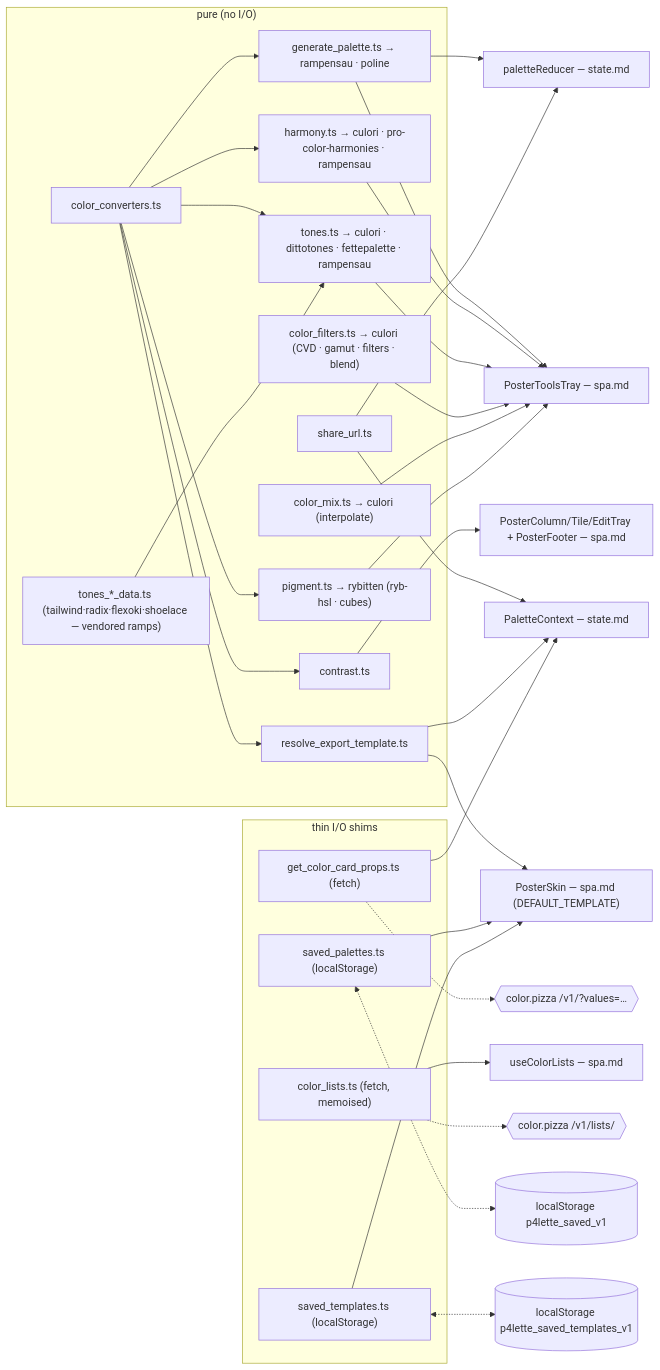
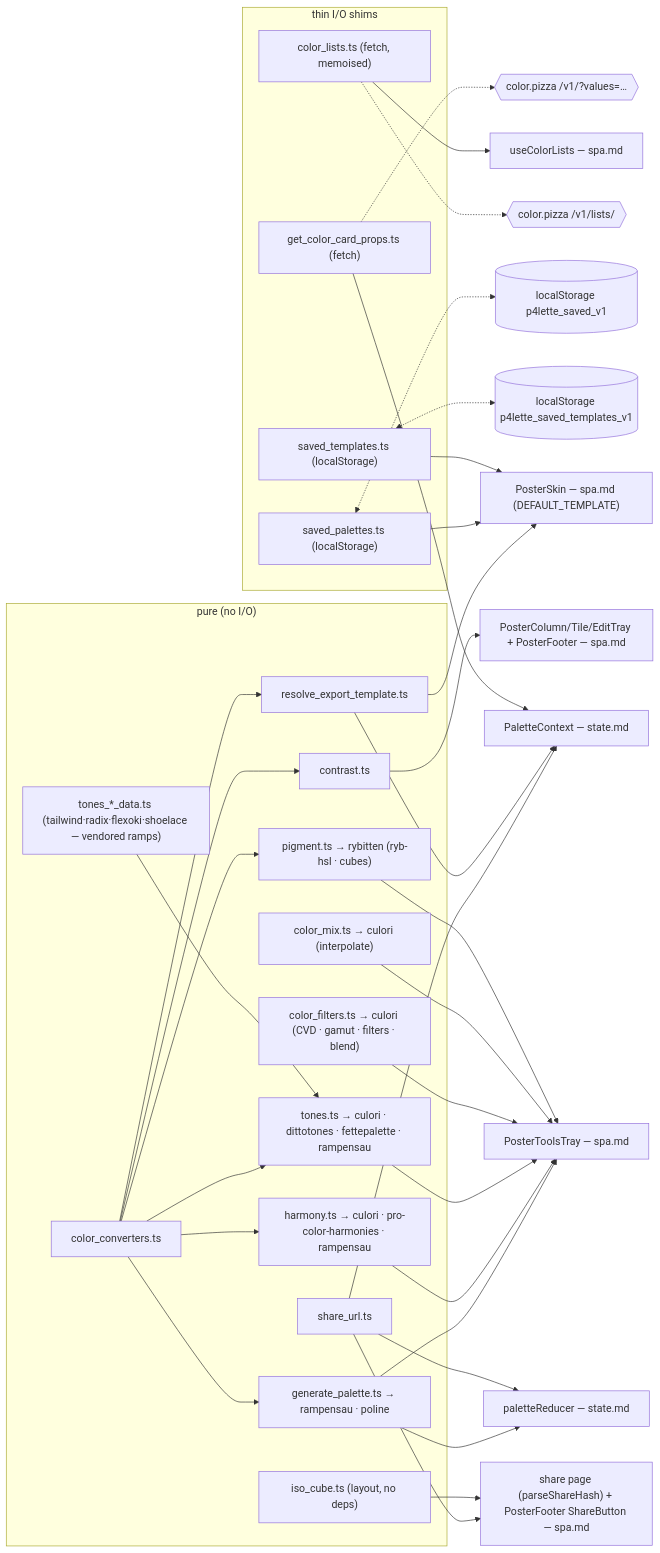
One commit to p4stoboy/p4lette changed the diagram in SPEC/CURRENT/color.md. Above: the diagram before and after it, drawn with Mermaid. The commit also changed other lines of this file and 20 other files, not shown here.

First line of the commit message:
feat(share): client share page — #/share?p= route with N palette representations

````diff
--- a/SPEC/CURRENT/color.md
+++ b/SPEC/CURRENT/color.md
@@ -444,44 +463,47 @@
 ```mermaid
 flowchart LR
   subgraph pure["pure (no I/O)"]
     cc["color_converters.ts"]
     gp["generate_palette.ts → rampensau · poline"]
     hm["harmony.ts → culori · pro-color-harmonies · rampensau"]
     tn["tones.ts → culori · dittotones · fettepalette · rampensau"]
     cf["color_filters.ts → culori (CVD · gamut · filters · blend)"]
     mx["color_mix.ts → culori (interpolate)"]
     pg["pigment.ts → rybitten (ryb-hsl · cubes)"]
     td["tones_*_data.ts (tailwind·radix·flexoki·shoelace — vendored ramps)"]
     ct["contrast.ts"]
     rt["resolve_export_template.ts"]
     su["share_url.ts"]
+    iso["iso_cube.ts (layout, no deps)"]
   end
   subgraph io["thin I/O shims"]
     gcn["get_color_card_props.ts (fetch)"]
     cl["color_lists.ts (fetch, memoised)"]
     sp["saved_palettes.ts (localStorage)"]
     st["saved_templates.ts (localStorage)"]
   end
   cc --> gp & hm & tn & ct & rt & pg
   td --> tn
   gp --> red["paletteReducer — state.md"]
   gp --> ttray["PosterToolsTray — spa.md"]
   su --> red
   su --> pctx["PaletteContext — state.md"]
+  su --> sharepg["share page (parseShareHash) + PosterFooter ShareButton — spa.md"]
+  iso --> sharepg
   rt --> pctx
   gcn --> pctx
   rt --> skin["PosterSkin — spa.md (DEFAULT_TEMPLATE)"]
   hm --> ttray
   tn --> ttray
   cf --> ttray
   mx --> ttray
   pg --> ttray
   ct --> swatch["PosterColumn/Tile/EditTray + PosterFooter — spa.md"]
   cl --> ucl["useColorLists — spa.md"]
   sp --> skin
   st --> skin
   gcn -.-> pizza1{{"color.pizza /v1/?values=…"}}
   cl -.-> pizza2{{"color.pizza /v1/lists/"}}
   sp <-.-> ls1[("localStorage p4lette_saved_v1")]
   st <-.-> ls2[("localStorage p4lette_saved_templates_v1")]
 ```
````
